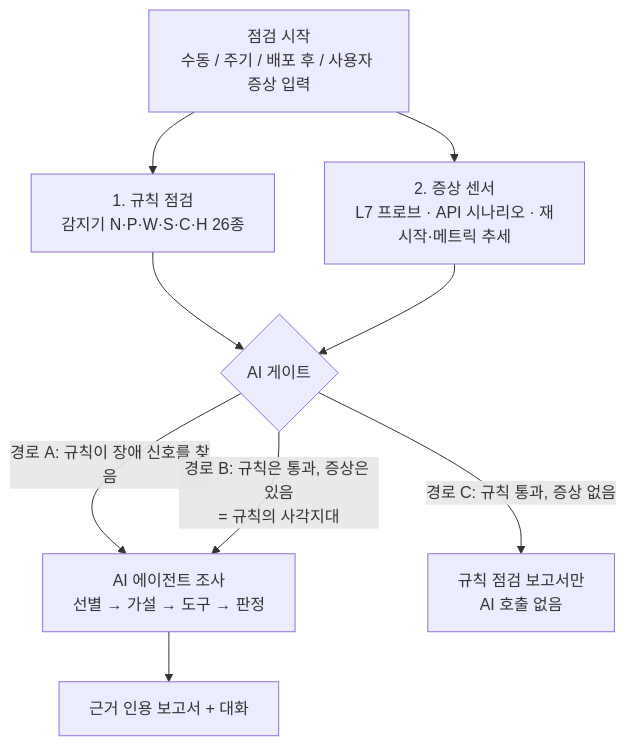
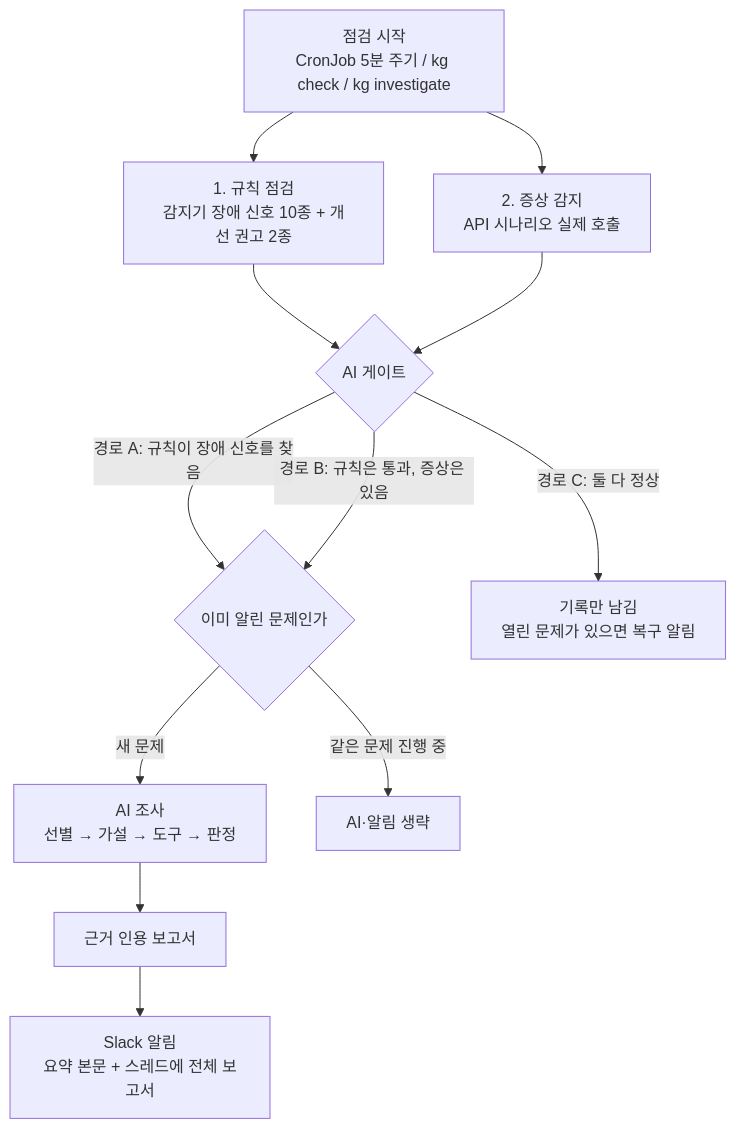
The first of 3 diagrams in docs/01-project-proposal.md (skax-jihyeryu/KubeGuardian), drawn with Mermaid before and after one commit. The commit also changed other lines of this file and 3 other files, not shown here.

````diff
--- a/docs/01-project-proposal.md
+++ b/docs/01-project-proposal.md
@@ -81,11 +79,14 @@
 ```mermaid
 flowchart TB
-    T[점검 시작<br/>수동 / 주기 / 배포 후 / 사용자 증상 입력] --> R[1. 규칙 점검<br/>감지기 N·P·W·S·C·H 26종]
-    T --> S[2. 증상 센서<br/>L7 프로브 · API 시나리오 · 재시작·메트릭 추세]
+    T[점검 시작<br/>CronJob 5분 주기 / kg check / kg investigate] --> R[1. 규칙 점검<br/>감지기 장애 신호 10종 + 개선 권고 2종]
+    T --> S[2. 증상 감지<br/>API 시나리오 실제 호출]
     R --> G{AI 게이트}
     S --> G
-    G -->|경로 A: 규칙이 장애 신호를 찾음| AI[AI 에이전트 조사<br/>선별 → 가설 → 도구 → 판정]
-    G -->|경로 B: 규칙은 통과, 증상은 있음<br/>= 규칙의 사각지대| AI
-    G -->|경로 C: 규칙 통과, 증상 없음| OK[규칙 점검 보고서만<br/>AI 호출 없음]
-    AI --> REP[근거 인용 보고서 + 대화]
+    G -->|경로 A: 규칙이 장애 신호를 찾음| D{이미 알린 문제인가}
+    G -->|경로 B: 규칙은 통과, 증상은 있음| D
+    G -->|경로 C: 둘 다 정상| OK[기록만 남김<br/>열린 문제가 있으면 복구 알림]
+    D -->|새 문제| AI[AI 조사<br/>선별 → 가설 → 도구 → 판정]
+    D -->|같은 문제 진행 중| SKIP[AI·알림 생략]
+    AI --> REP[근거 인용 보고서]
+    REP --> N[Slack 알림<br/>요약 본문 + 스레드에 전체 보고서]
 ```
````
